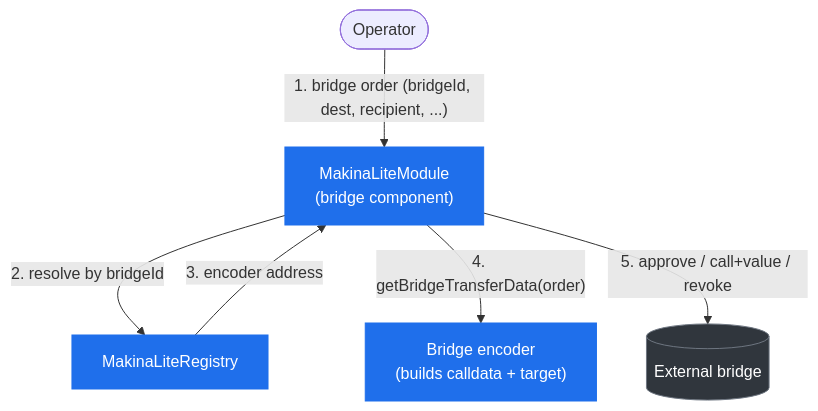
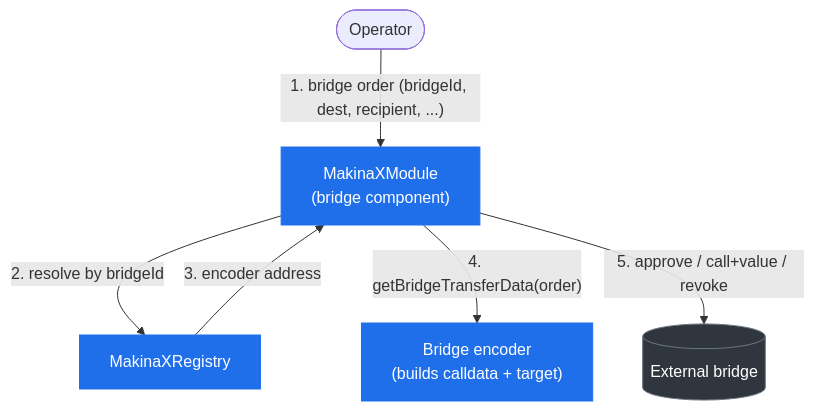
Before and after one commit to MakinaHQ/x-docs: the diagram in src/pages/concepts/architecture/bridging.md, drawn with Mermaid. The commit also changed other lines of this file and 57 other files, not shown here.

````diff
--- a/src/pages/concepts/architecture/bridging.md
+++ b/src/pages/concepts/architecture/bridging.md
@@ -11,11 +11,11 @@
 ```mermaid
 flowchart TB
-    Op([Operator]) -- "1. bridge order (bridgeId, dest, recipient, ...)" --> Module["MakinaLiteModule<br/>(bridge component)"]:::core
-    Module -- "2. resolve by bridgeId" --> Reg["MakinaLiteRegistry"]:::core
+    Op([Operator]) -- "1. bridge order (bridgeId, dest, recipient, ...)" --> Module["MakinaXModule<br/>(bridge component)"]:::core
+    Module -- "2. resolve by bridgeId" --> Reg["MakinaXRegistry"]:::core
     Reg -- "3. encoder address" --> Module
     Module -- "4. getBridgeTransferData(order)" --> Enc["Bridge encoder<br/>(builds calldata + target)"]:::core
     Module -- "5. approve / call+value / revoke" --> Bridge[(External bridge)]:::ext
 
     classDef core fill:#1f6feb,stroke:#1f6feb,color:#fff;
     classDef ext fill:#30363d,stroke:#6e7681,color:#fff;
 ```
````
